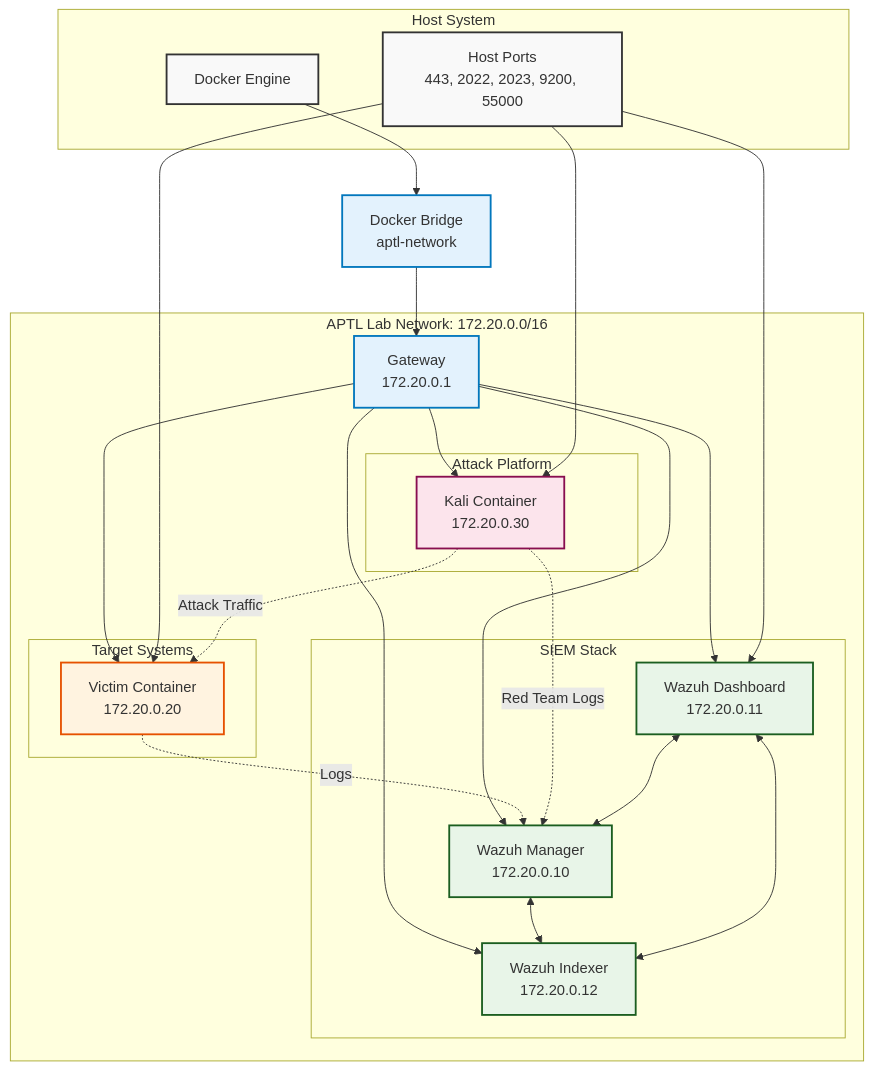
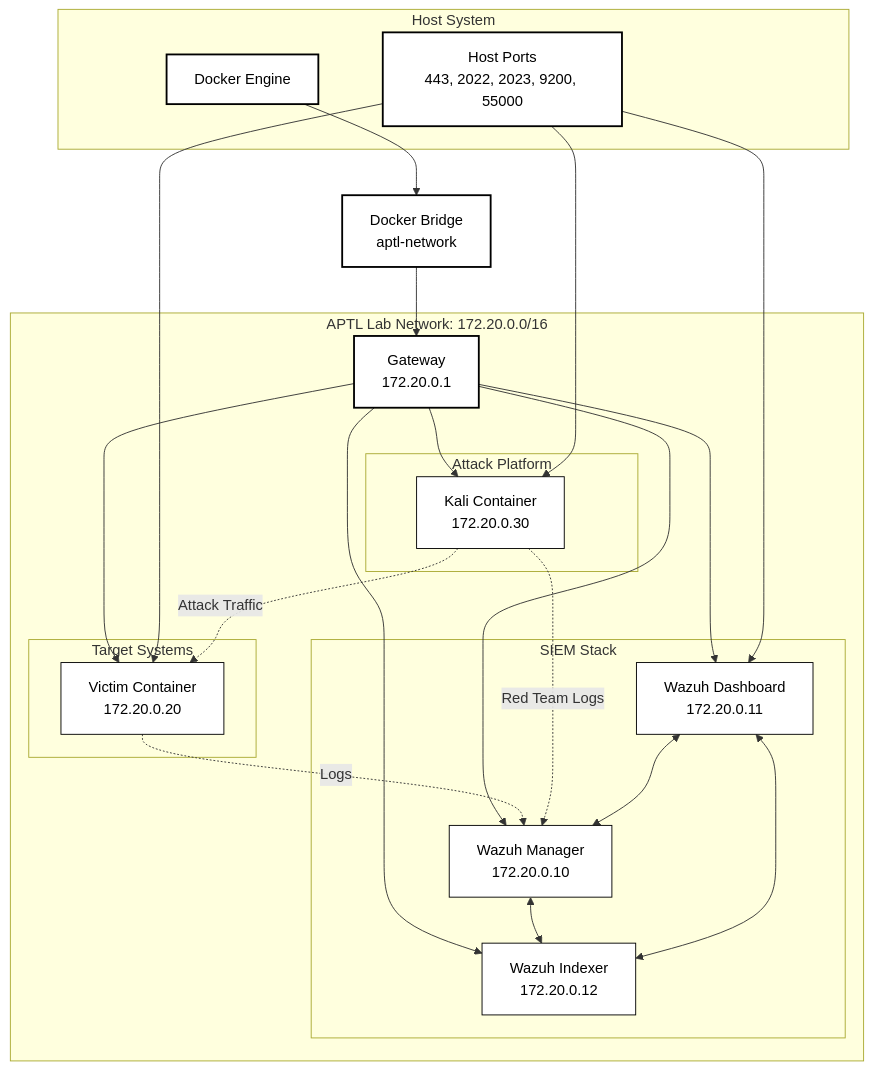
One commit to PaloAltoNetworks/shifter changed the first of 3 diagrams in docs/architecture/networking.md. Above: the diagram before and after it, drawn with Mermaid. The commit also changed other lines of this file and 15 other files, not shown here.

````diff
--- a/docs/architecture/networking.md
+++ b/docs/architecture/networking.md
@@ -11,57 +11,57 @@
 ```mermaid
 flowchart TB
     subgraph "Host System"
         A[Docker Engine]
         B[Host Ports<br/>443, 2022, 2023, 9200, 55000]
     end
     
     A --> C[Docker Bridge<br/>aptl-network]
     
     subgraph "APTL Lab Network: 172.20.0.0/16"
         D[Gateway<br/>172.20.0.1]
         
         subgraph "SIEM Stack"
             E[Wazuh Manager<br/>172.20.0.10]
             F[Wazuh Dashboard<br/>172.20.0.11]
             G[Wazuh Indexer<br/>172.20.0.12]
         end
         
         subgraph "Target Systems"
             H[Victim Container<br/>172.20.0.20]
         end
         
         subgraph "Attack Platform"
             I[Kali Container<br/>172.20.0.30]
         end
     end
     
     C --> D
     D --> E
     D --> F
     D --> G
     D --> H
     D --> I
     
     B --> F
     B --> H
     B --> I
     
     H -.->|Logs| E
     I -.->|Red Team Logs| E
     I -.->|Attack Traffic| H
     E <--> G
     F <--> G
     F <--> E
     
-    classDef host fill:#f9f9f9,stroke:#333,stroke-width:2px
-    classDef network fill:#e3f2fd,stroke:#0277bd,stroke-width:2px
-    classDef siem fill:#e8f5e8,stroke:#1b5e20,stroke-width:2px
-    classDef target fill:#fff3e0,stroke:#e65100,stroke-width:2px
-    classDef attack fill:#fce4ec,stroke:#880e4f,stroke-width:2px
+    classDef host fill:#ffffff,stroke:#000000,stroke-width:2px,color:#000000
+    classDef network fill:#ffffff,stroke:#000000,stroke-width:2px,color:#000000
+    classDef siem fill:#ffffff,stroke:#000000,stroke-width:1px,color:#000000
+    classDef target fill:#ffffff,stroke:#000000,stroke-width:1px,color:#000000
+    classDef attack fill:#ffffff,stroke:#000000,stroke-width:1px,color:#000000
     
     class A,B host
     class C,D network
     class E,F,G siem
     class H target
     class I attack
 ```
````
